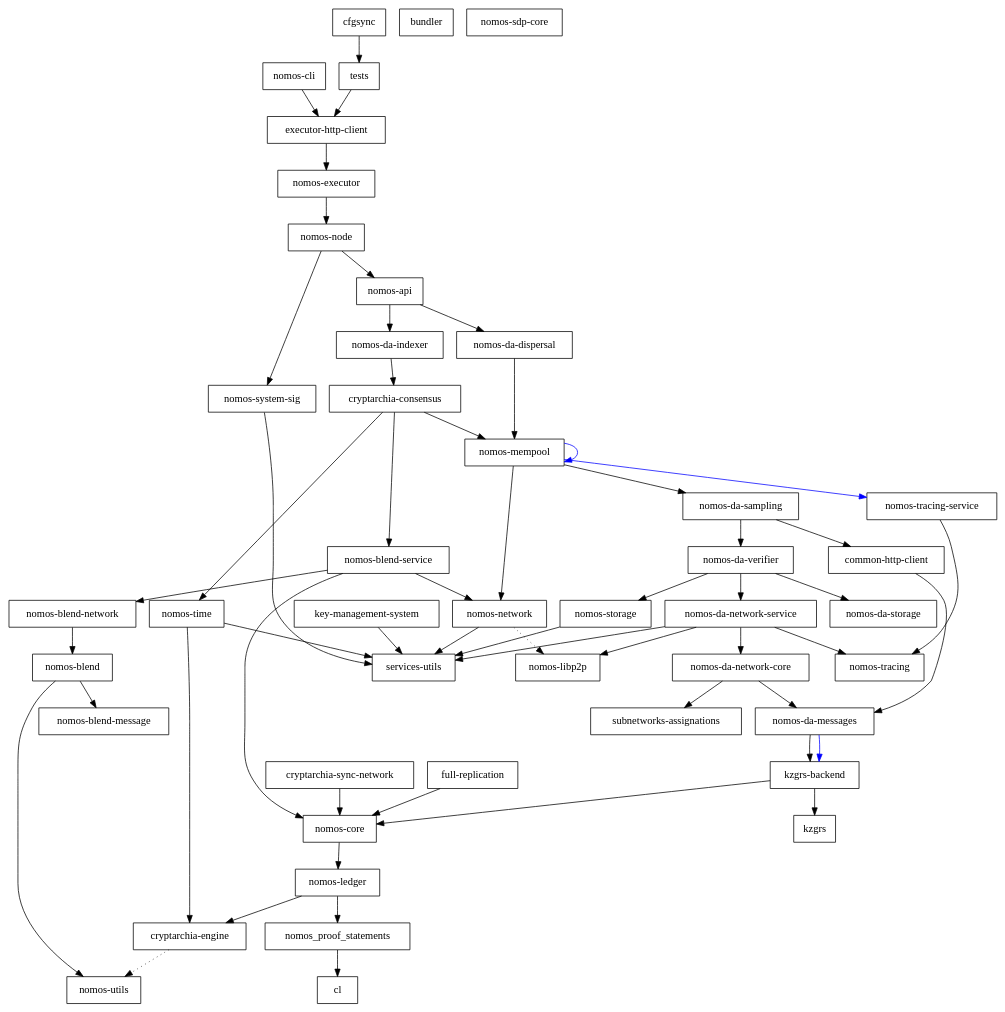
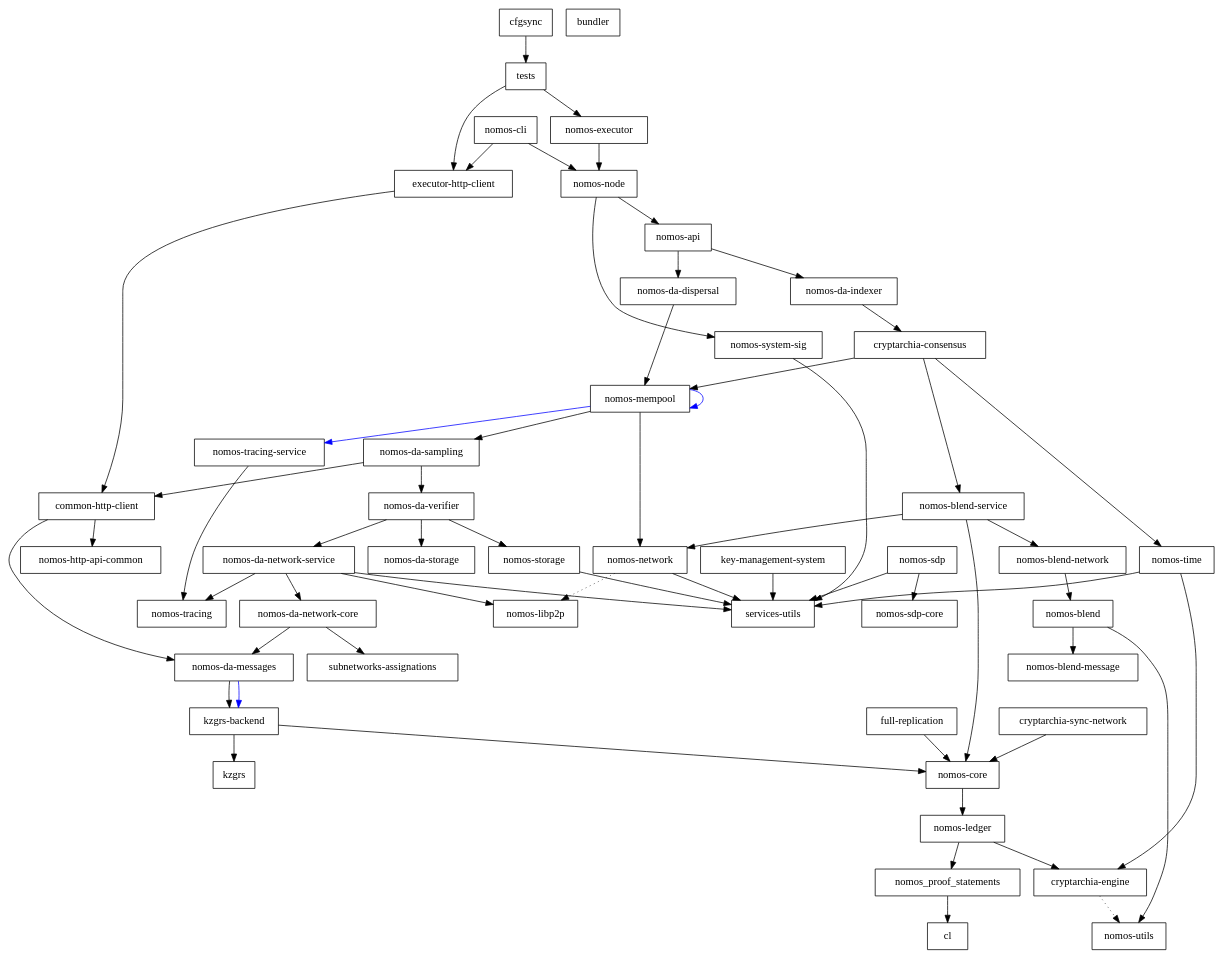
The diagram in dependencies_graph.dot (Astro521/logos-blockchain), drawn with Graphviz before and after one commit. The commit also changed 1 other file, not shown here.

```diff
--- a/dependencies_graph.dot
+++ b/dependencies_graph.dot
@@ -1,101 +1,108 @@
 digraph {
-    0 [ label = "common-http-client" shape = box]
-    1 [ label = "nomos-core" shape = box]
-    2 [ label = "cl" shape = box]
-    3 [ label = "cryptarchia-engine" shape = box]
-    4 [ label = "nomos-utils" shape = box]
+    0 [ label = "cryptarchia-engine" shape = box]
+    1 [ label = "nomos-utils" shape = box]
+    2 [ label = "cryptarchia-sync-network" shape = box]
+    3 [ label = "nomos-core" shape = box]
+    4 [ label = "cl" shape = box]
     5 [ label = "nomos-ledger" shape = box]
     6 [ label = "nomos_proof_statements" shape = box]
-    7 [ label = "nomos-da-messages" shape = box]
-    8 [ label = "kzgrs-backend" shape = box]
-    9 [ label = "kzgrs" shape = box]
-    10 [ label = "executor-http-client" shape = box]
-    11 [ label = "nomos-executor" shape = box]
-    12 [ label = "nomos-api" shape = box]
-    13 [ label = "cryptarchia-consensus" shape = box]
-    14 [ label = "nomos-blend-service" shape = box]
-    15 [ label = "nomos-blend" shape = box]
-    16 [ label = "nomos-blend-message" shape = box]
-    17 [ label = "nomos-blend-network" shape = box]
-    18 [ label = "nomos-libp2p" shape = box]
-    19 [ label = "nomos-network" shape = box]
-    20 [ label = "services-utils" shape = box]
-    21 [ label = "nomos-da-sampling" shape = box]
-    22 [ label = "nomos-da-network-core" shape = box]
-    23 [ label = "subnetworks-assignations" shape = box]
-    24 [ label = "nomos-da-network-service" shape = box]
-    25 [ label = "nomos-tracing" shape = box]
-    26 [ label = "nomos-da-storage" shape = box]
-    27 [ label = "nomos-da-verifier" shape = box]
-    28 [ label = "nomos-storage" shape = box]
-    29 [ label = "nomos-mempool" shape = box]
-    30 [ label = "nomos-tracing-service" shape = box]
-    31 [ label = "nomos-time" shape = box]
-    32 [ label = "nomos-da-dispersal" shape = box]
-    33 [ label = "nomos-da-indexer" shape = box]
-    34 [ label = "nomos-node" shape = box]
-    35 [ label = "nomos-system-sig" shape = box]
-    36 [ label = "cryptarchia-sync-network" shape = box]
-    37 [ label = "bundler" shape = box]
-    38 [ label = "nomos-cli" shape = box]
-    39 [ label = "full-replication" shape = box]
-    40 [ label = "nomos-sdp-core" shape = box]
-    41 [ label = "key-management-system" shape = box]
-    42 [ label = "cfgsync" shape = box]
-    43 [ label = "tests" shape = box]
-    0 -> 7 [ ]
-    1 -> 5 [ ]
-    3 -> 4 [ style = dotted]
-    5 -> 3 [ ]
+    7 [ label = "nomos-http-api-common" shape = box]
+    8 [ label = "nomos-executor" shape = box]
+    9 [ label = "kzgrs-backend" shape = box]
+    10 [ label = "kzgrs" shape = box]
+    11 [ label = "nomos-api" shape = box]
+    12 [ label = "cryptarchia-consensus" shape = box]
+    13 [ label = "nomos-blend-service" shape = box]
+    14 [ label = "nomos-blend" shape = box]
+    15 [ label = "nomos-blend-message" shape = box]
+    16 [ label = "nomos-blend-network" shape = box]
+    17 [ label = "nomos-libp2p" shape = box]
+    18 [ label = "nomos-network" shape = box]
+    19 [ label = "services-utils" shape = box]
+    20 [ label = "nomos-da-sampling" shape = box]
+    21 [ label = "common-http-client" shape = box]
+    22 [ label = "nomos-da-messages" shape = box]
+    23 [ label = "nomos-da-network-core" shape = box]
+    24 [ label = "subnetworks-assignations" shape = box]
+    25 [ label = "nomos-da-network-service" shape = box]
+    26 [ label = "nomos-tracing" shape = box]
+    27 [ label = "nomos-da-storage" shape = box]
+    28 [ label = "nomos-da-verifier" shape = box]
+    29 [ label = "nomos-storage" shape = box]
+    30 [ label = "nomos-mempool" shape = box]
+    31 [ label = "nomos-tracing-service" shape = box]
+    32 [ label = "nomos-time" shape = box]
+    33 [ label = "nomos-da-dispersal" shape = box]
+    34 [ label = "nomos-da-indexer" shape = box]
+    35 [ label = "nomos-node" shape = box]
+    36 [ label = "nomos-system-sig" shape = box]
+    37 [ label = "executor-http-client" shape = box]
+    38 [ label = "bundler" shape = box]
+    39 [ label = "nomos-cli" shape = box]
+    40 [ label = "full-replication" shape = box]
+    41 [ label = "nomos-sdp-core" shape = box]
+    42 [ label = "key-management-system" shape = box]
+    43 [ label = "nomos-sdp" shape = box]
+    44 [ label = "cfgsync" shape = box]
+    45 [ label = "tests" shape = box]
+    0 -> 1 [ style = dotted]
+    2 -> 3 [ ]
+    3 -> 5 [ ]
+    5 -> 0 [ ]
     5 -> 6 [ ]
-    6 -> 2 [ ]
-    7 -> 8 [ ]
-    7 -> 8 [ color = blue]
-    8 -> 9 [ ]
-    8 -> 1 [ ]
-    10 -> 11 [ ]
+    6 -> 4 [ ]
+    8 -> 35 [ ]
+    9 -> 10 [ ]
+    9 -> 3 [ ]
+    11 -> 33 [ ]
     11 -> 34 [ ]
+    12 -> 13 [ ]
+    12 -> 30 [ ]
     12 -> 32 [ ]
-    12 -> 33 [ ]
-    13 -> 14 [ ]
-    13 -> 29 [ ]
-    13 -> 31 [ ]
-    14 -> 17 [ ]
+    13 -> 16 [ ]
+    13 -> 3 [ ]
+    13 -> 18 [ ]
+    14 -> 15 [ ]
     14 -> 1 [ ]
-    14 -> 19 [ ]
-    15 -> 16 [ ]
-    15 -> 4 [ ]
-    17 -> 15 [ ]
-    19 -> 18 [ style = dotted]
-    19 -> 20 [ ]
-    21 -> 0 [ ]
-    21 -> 27 [ ]
-    22 -> 7 [ ]
-    22 -> 23 [ ]
-    24 -> 22 [ ]
-    24 -> 18 [ ]
-    24 -> 25 [ ]
-    24 -> 20 [ ]
-    27 -> 24 [ ]
-    27 -> 26 [ ]
-    27 -> 28 [ ]
-    28 -> 20 [ ]
-    29 -> 21 [ ]
-    29 -> 29 [ color = blue]
+    16 -> 14 [ ]
+    18 -> 17 [ style = dotted]
+    18 -> 19 [ ]
+    20 -> 21 [ ]
+    20 -> 28 [ ]
+    21 -> 22 [ ]
+    21 -> 7 [ ]
+    22 -> 9 [ ]
+    22 -> 9 [ color = blue]
+    23 -> 22 [ ]
+    23 -> 24 [ ]
+    25 -> 23 [ ]
+    25 -> 17 [ ]
+    25 -> 26 [ ]
+    25 -> 19 [ ]
+    28 -> 25 [ ]
+    28 -> 27 [ ]
+    28 -> 29 [ ]
     29 -> 19 [ ]
-    29 -> 30 [ color = blue]
-    30 -> 25 [ ]
-    31 -> 3 [ ]
-    31 -> 20 [ ]
-    32 -> 29 [ ]
-    33 -> 13 [ ]
+    30 -> 20 [ ]
+    30 -> 30 [ color = blue]
+    30 -> 18 [ ]
+    30 -> 31 [ color = blue]
+    31 -> 26 [ ]
+    32 -> 0 [ ]
+    32 -> 19 [ ]
+    33 -> 30 [ ]
     34 -> 12 [ ]
-    34 -> 35 [ ]
-    35 -> 20 [ ]
-    36 -> 1 [ ]
-    38 -> 10 [ ]
-    39 -> 1 [ ]
-    41 -> 20 [ ]
-    42 -> 43 [ ]
-    43 -> 10 [ ]
+    35 -> 11 [ ]
+    35 -> 36 [ ]
+    36 -> 19 [ ]
+    37 -> 21 [ ]
+    39 -> 37 [ ]
+    39 -> 35 [ ]
+    40 -> 3 [ ]
+    42 -> 19 [ ]
+    43 -> 41 [ ]
+    43 -> 19 [ ]
+    44 -> 45 [ ]
+    45 -> 37 [ ]
+    45 -> 8 [ ]
 }
```
